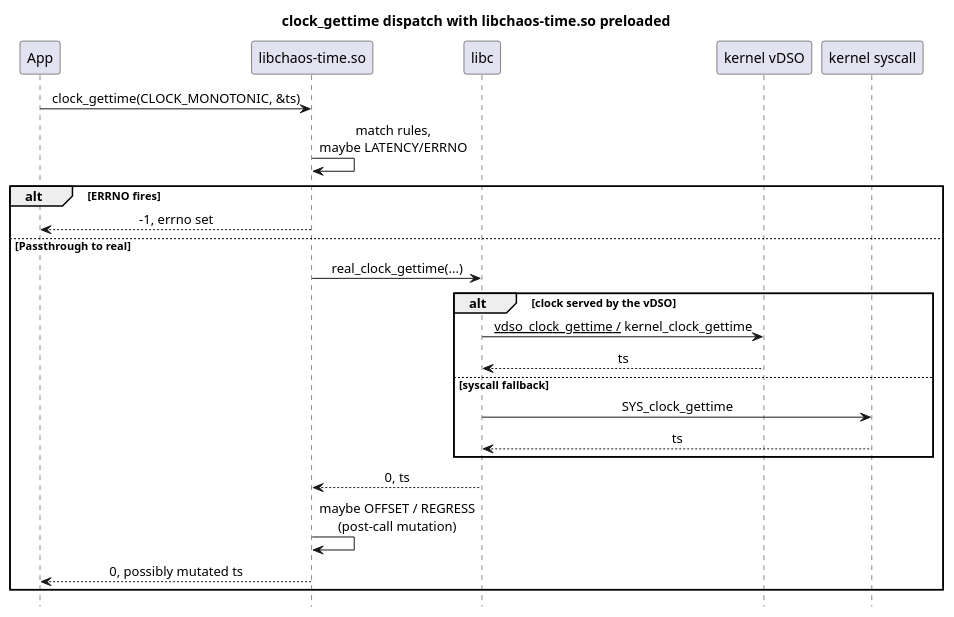
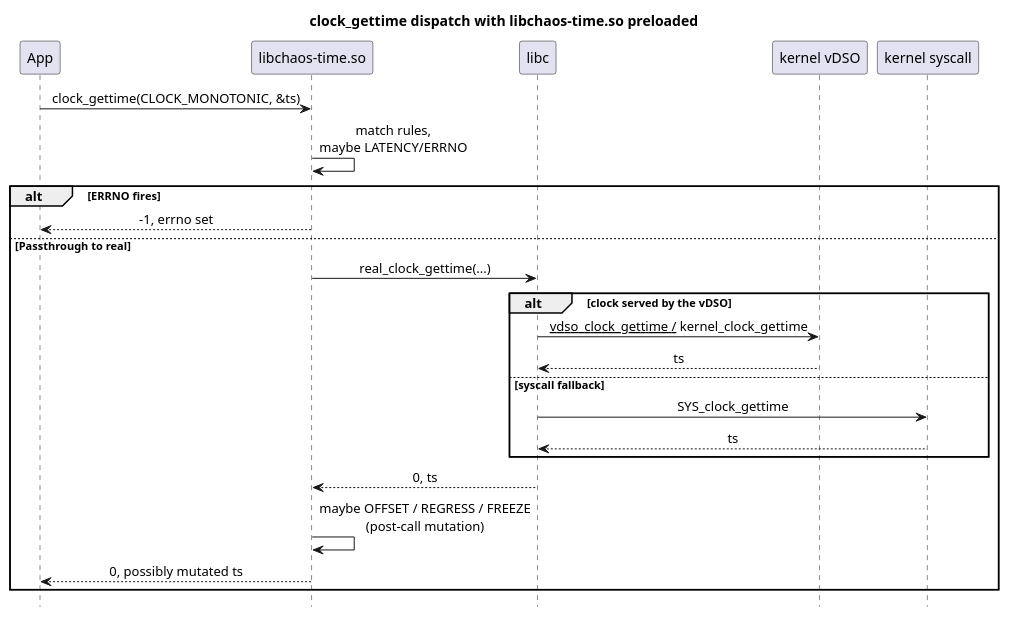
One commit to macstab/macstab-chaos-testing-libraries changed the second of 2 diagrams in docs/PLATFORM.md. Above: the diagram before and after it, drawn with PlantUML. The commit also changed 23 other files, not shown here.

````diff
--- a/docs/PLATFORM.md
+++ b/docs/PLATFORM.md
@@ -351,35 +351,35 @@
 ```plantuml
 @startuml
 title clock_gettime dispatch with libchaos-time.so preloaded
 
 skinparam sequenceMessageAlign center
 skinparam shadowing false
 hide footbox
 
 participant App
 participant "libchaos-time.so" as Wrapper
 participant "libc"             as Glibc
 participant "kernel vDSO"      as Vdso
 participant "kernel syscall"   as Kernel
 
 App     ->  Wrapper : clock_gettime(CLOCK_MONOTONIC, &ts)
 Wrapper ->  Wrapper : match rules,\nmaybe LATENCY/ERRNO
 
 alt ERRNO fires
     Wrapper --> App : -1, errno set
 else Passthrough to real
     Wrapper ->  Glibc  : real_clock_gettime(...)
     alt clock served by the vDSO
         Glibc -> Vdso   : __vdso_clock_gettime / __kernel_clock_gettime
         Vdso  --> Glibc : ts
     else syscall fallback
         Glibc -> Kernel : SYS_clock_gettime
         Kernel --> Glibc: ts
     end
     Glibc   --> Wrapper : 0, ts
-    Wrapper ->  Wrapper : maybe OFFSET / REGRESS\n(post-call mutation)
+    Wrapper ->  Wrapper : maybe OFFSET / REGRESS / FREEZE\n(post-call mutation)
     Wrapper --> App     : 0, possibly mutated ts
 end
 
 @enduml
 ```
````
